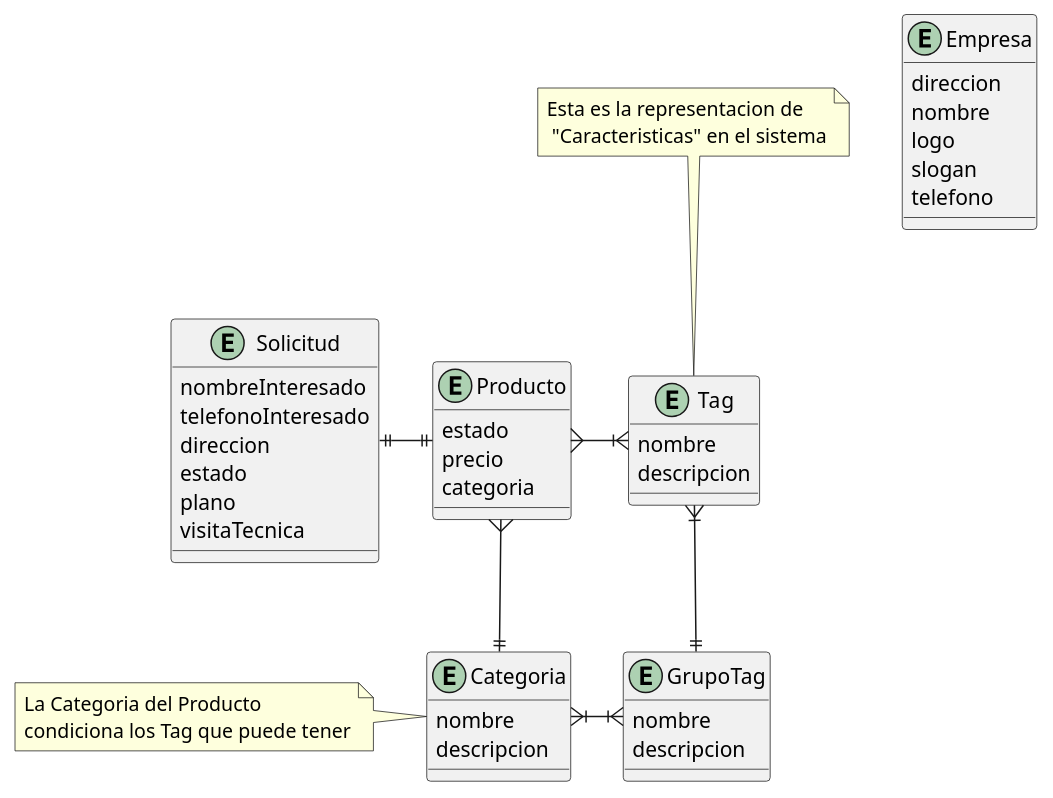
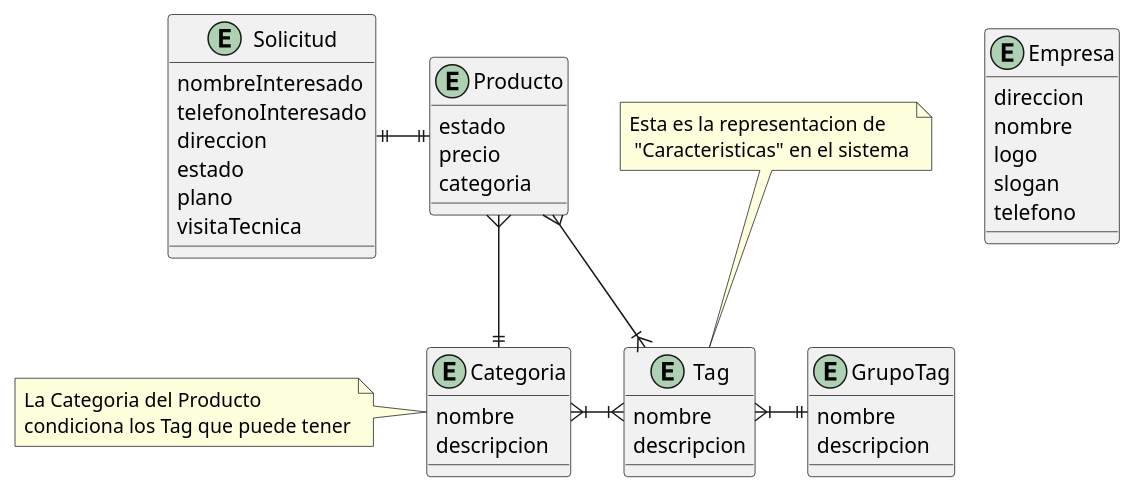
Before and after one commit to Los-Waza/MetalK_Documentation: the diagram in ModeloDeDatos/metalK_dataModel.puml, drawn with PlantUML. The commit also changed 1 other file, not shown here.

```diff
--- a/ModeloDeDatos/metalK_dataModel.puml
+++ b/ModeloDeDatos/metalK_dataModel.puml
@@ -1,51 +1,51 @@
 @startuml MetalK_DataModel
     skinparam linestyle orto
     entity sol as "Solicitud"{
         nombreInteresado
         telefonoInteresado
         direccion
         estado
         plano
         visitaTecnica
     }
 
     entity pro as "Producto"{
         estado
         precio
         categoria
     }
     entity cat as "Categoria" {   
         nombre
         descripcion
     }
 
     entity gt as "GrupoTag" {   
         nombre
         descripcion
     }
 
     entity tag as "Tag" {   
         nombre
         descripcion
     }
 
     entity emp as "Empresa"{
         direccion
         nombre
         logo
         slogan
         telefono
     }
 
 
     tag }|-left-{ pro
     pro ||-left-|| sol
     pro }-down-|| cat
-    tag }|-down-|| gt
-    cat }|-right-|{ gt
+    tag }|-right-|| gt
+    cat }|-right-|{ tag
     
     note top of tag: Esta es la representacion de \n "Caracteristicas" en el sistema
     note left of cat: La Categoria del Producto \ncondiciona los Tag que puede tener
 
     
 @enduml
```
